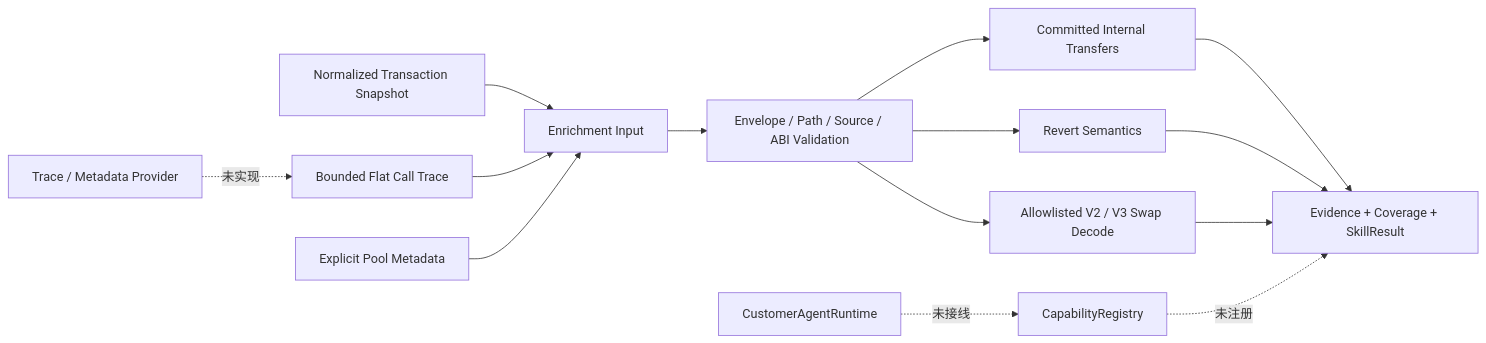
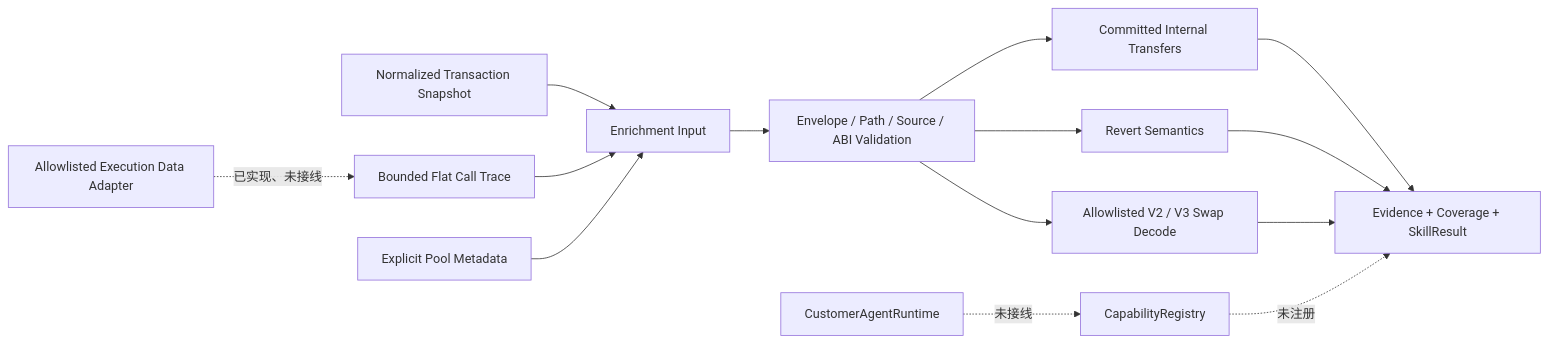
Before and after one commit to spencer17x/xxyy-ask: the diagram in docs/evm-execution-enrichment.md, drawn with Mermaid. The commit also changed other lines of this file and 28 other files, not shown here.

Commit message:
feat(rag): add allowlisted EVM execution data adapter

````diff
--- a/docs/evm-execution-enrichment.md
+++ b/docs/evm-execution-enrichment.md
@@ -11,17 +11,17 @@
 ```mermaid
 flowchart LR
   Snapshot["Normalized Transaction Snapshot"] --> Envelope["Enrichment Input"]
   Trace["Bounded Flat Call Trace"] --> Envelope
   Pool["Explicit Pool Metadata"] --> Envelope
   Envelope --> Validate["Envelope / Path / Source / ABI Validation"]
   Validate --> Commit["Committed Internal Transfers"]
   Validate --> Revert["Revert Semantics"]
   Validate --> Swap["Allowlisted V2 / V3 Swap Decode"]
   Commit --> Result["Evidence + Coverage + SkillResult"]
   Revert --> Result
   Swap --> Result
 
-  Rpc["Trace / Metadata Provider"] -. "未实现" .-> Trace
+  Rpc["Allowlisted Execution Data Adapter"] -. "已实现、未接线" .-> Trace
   Capability["CapabilityRegistry"] -. "未注册" .-> Result
   Agent["CustomerAgentRuntime"] -. "未接线" .-> Capability
 ```
````
